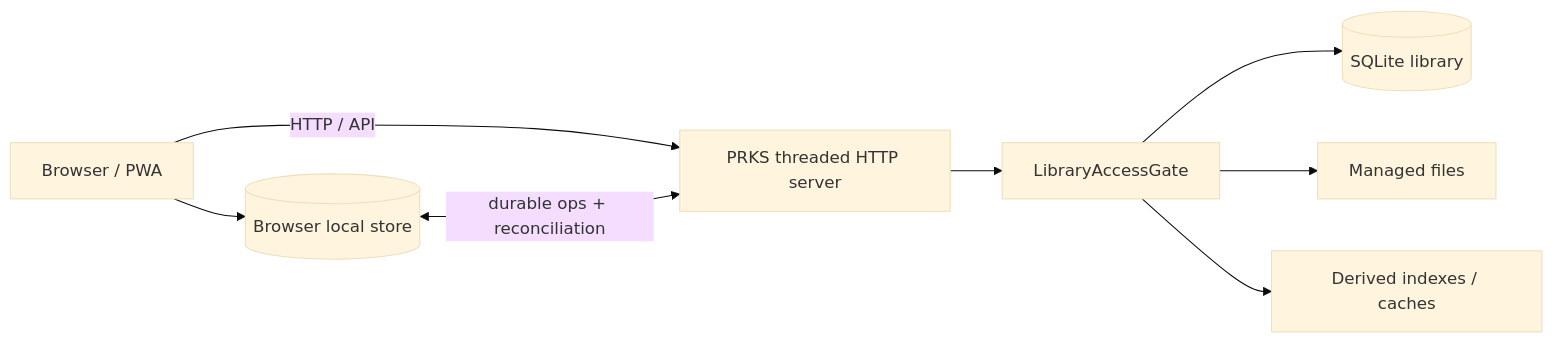
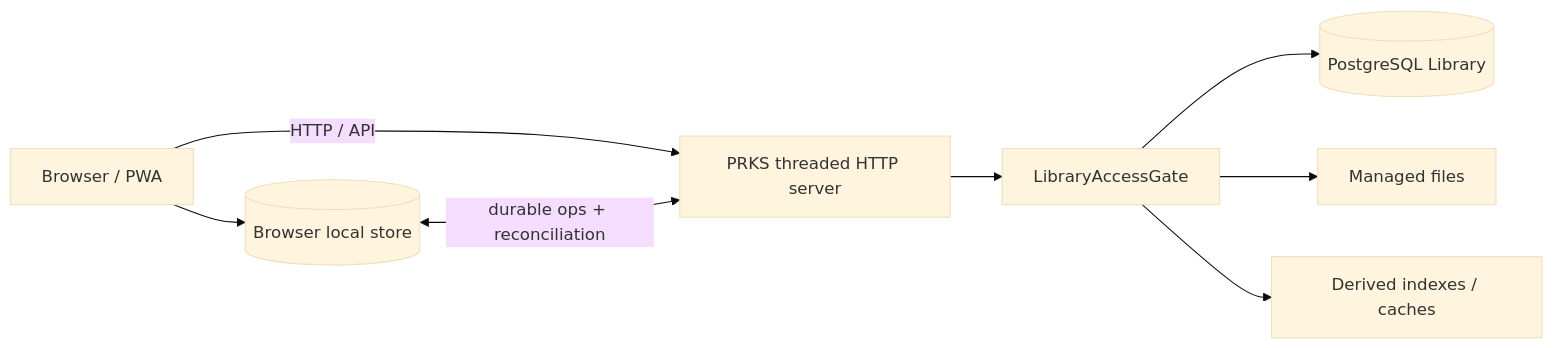
The diagram in docs/wiki/Architecture.md (Fooftilly/PRKS), drawn with Mermaid (base theme) before and after one commit. The commit also changed other lines of this file and 23 other files, not shown here.

First line of the commit message:
Describe PostgreSQL as the only Library backend in docs and AGENTS.md (PG-C2 #641)

````diff
--- a/docs/wiki/Architecture.md
+++ b/docs/wiki/Architecture.md
@@ -5,10 +5,10 @@
 ```mermaid
 flowchart LR
     U[Browser / PWA] -->|HTTP / API| S[PRKS threaded HTTP server]
     S --> G[LibraryAccessGate]
-    G --> DB[(SQLite library)]
+    G --> DB[(PostgreSQL Library)]
     G --> F[Managed files]
     G --> I[Derived indexes / caches]
     U --> LS[(Browser local store)]
     LS <-->|durable ops + reconciliation| S
 ```
````
